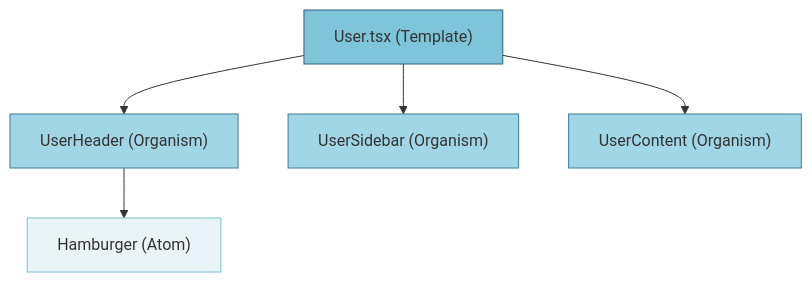
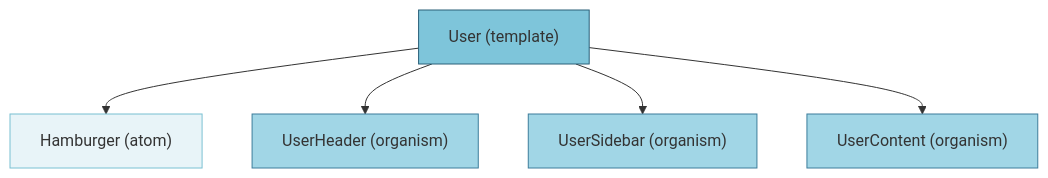
Before and after one commit to rs-ent/starglow: the diagram in wiki/template-analysis/User.md, drawn with Mermaid. The commit also changed other lines of this file and 6 other files, not shown here.

````diff
--- a/wiki/template-analysis/User.md
+++ b/wiki/template-analysis/User.md
@@ -5,19 +5,19 @@
 ```mermaid
 graph TD
-    T["User.tsx (Template)"]
-    O1["UserHeader (Organism)"]
-    O2["UserSidebar (Organism)"]
-    O3["UserContent (Organism)"]
-    A1["Hamburger (Atom)"]
+    C1["User (template)"]
+    C2["Hamburger (atom)"]
+    C3["UserHeader (organism)"]
+    C4["UserSidebar (organism)"]
+    C5["UserContent (organism)"]
 
-    T --> O1
-    T --> O2
-    T --> O3
-    O1 --> A1
+    C1 --> C2
+    C1 --> C3
+    C1 --> C4
+    C1 --> C5
 
-    style T fill:#7ec5da,stroke:#2a6079
-    style O1 fill:#a1d6e6,stroke:#3c7d9b
-    style O2 fill:#a1d6e6,stroke:#3c7d9b
-    style O3 fill:#a1d6e6,stroke:#3c7d9b
-    style A1 fill:#e8f4f8,stroke:#79c0d2
+    style C1 fill:#7ec5da,stroke:#2a6079
+    style C2 fill:#e8f4f8,stroke:#79c0d2
+    style C3 fill:#a1d6e6,stroke:#3c7d9b
+    style C4 fill:#a1d6e6,stroke:#3c7d9b
+    style C5 fill:#a1d6e6,stroke:#3c7d9b
 ```
````
